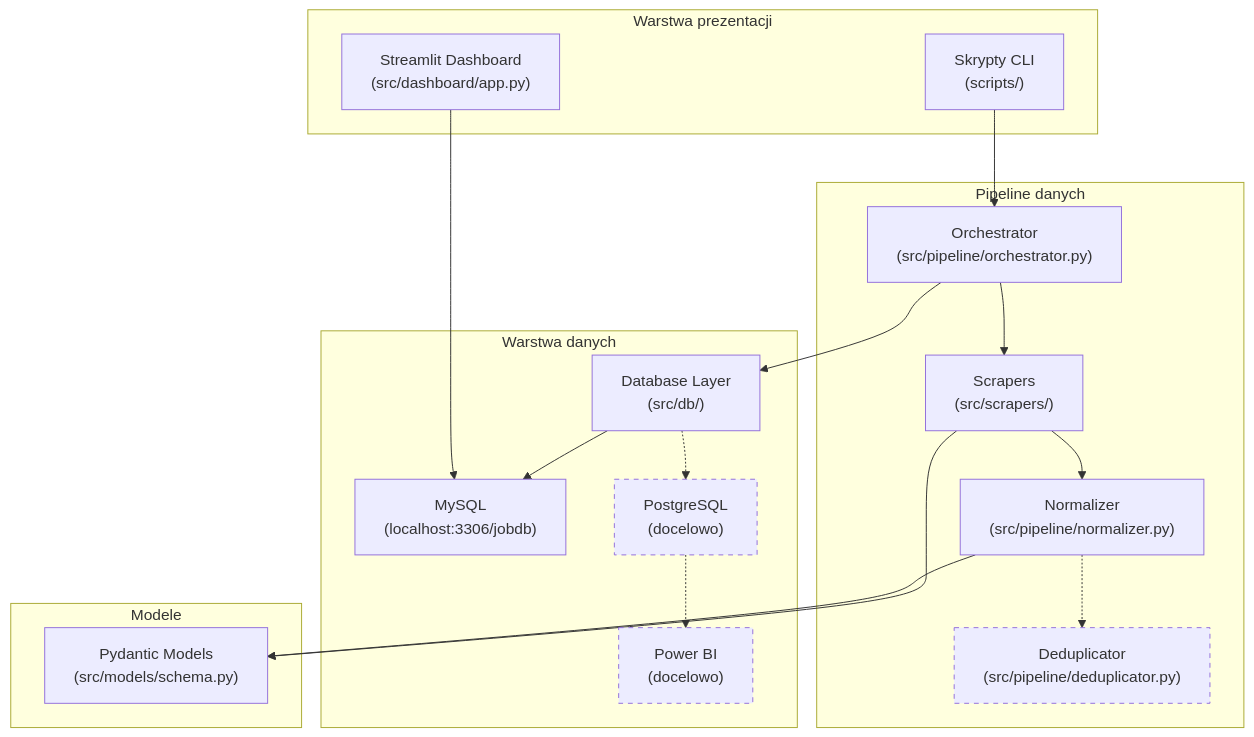
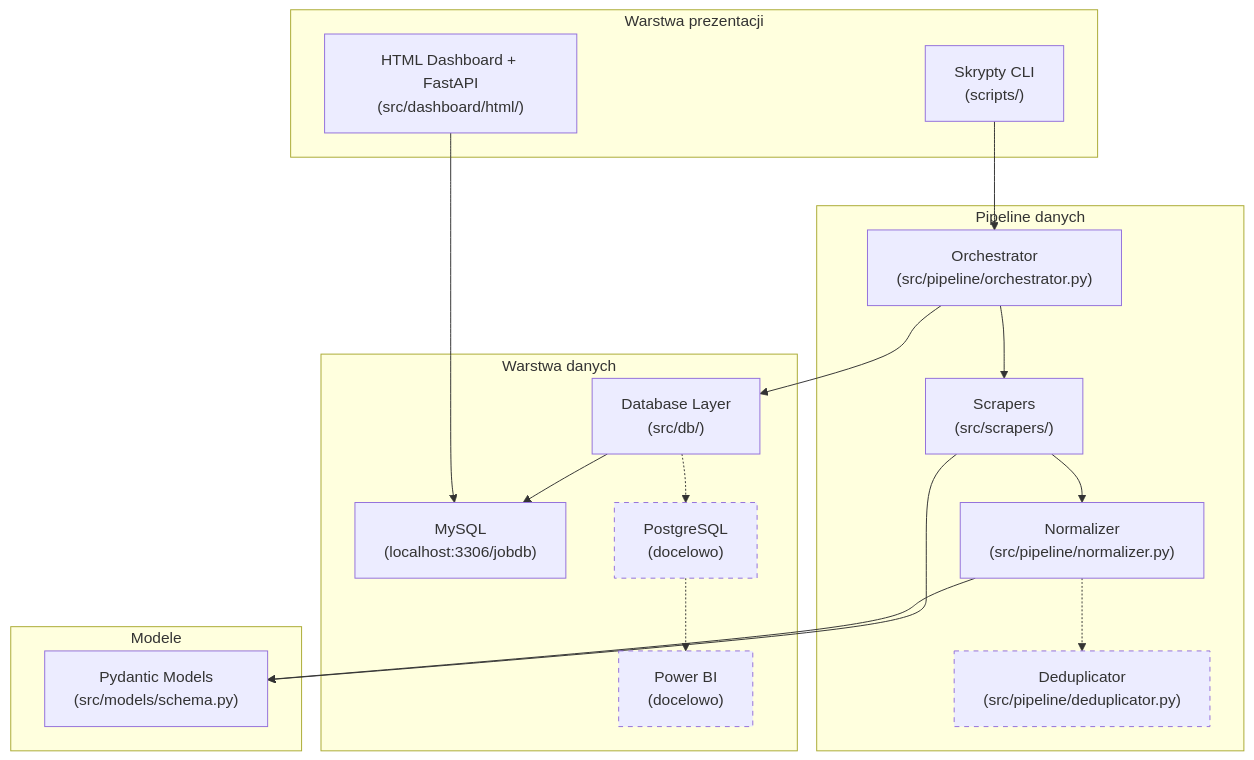
Before and after one commit to mkonefal2/jobDB: the first of 3 diagrams in docs/PROJECT_DESIGN.md, drawn with Mermaid. The commit also changed other lines of this file and 14 other files, not shown here.

First line of the commit message:
refactor: remove Streamlit dashboard, add GitBook docs structure

````diff
--- a/docs/PROJECT_DESIGN.md
+++ b/docs/PROJECT_DESIGN.md
@@ -12,41 +12,41 @@
 ```mermaid
 flowchart TB
     subgraph UI ["Warstwa prezentacji"]
-        DASH["Streamlit Dashboard<br/>(src/dashboard/app.py)"]
+        DASH["HTML Dashboard + FastAPI<br/>(src/dashboard/html/)"]
         CLI["Skrypty CLI<br/>(scripts/)"]
     end
 
     subgraph PIPELINE ["Pipeline danych"]
         ORCH["Orchestrator<br/>(src/pipeline/orchestrator.py)"]
         SCRAP["Scrapers<br/>(src/scrapers/)"]
         NORM["Normalizer<br/>(src/pipeline/normalizer.py)"]
         DEDUP["Deduplicator<br/>(src/pipeline/deduplicator.py)"]
     end
 
     subgraph DATA ["Warstwa danych"]
         DB_LAYER["Database Layer<br/>(src/db/)"]
         MYSQL["MySQL<br/>(localhost:3306/jobdb)"]
         PG["PostgreSQL<br/>(docelowo)"]
         PBI["Power BI<br/>(docelowo)"]
     end
 
     subgraph MODELS ["Modele"]
         PYDANTIC["Pydantic Models<br/>(src/models/schema.py)"]
     end
 
     CLI --> ORCH
     ORCH --> SCRAP
     SCRAP --> NORM
     NORM -.-> DEDUP
     ORCH --> DB_LAYER
     DB_LAYER --> MYSQL
     DB_LAYER -.-> PG
     PG -.-> PBI
     DASH --> MYSQL
     SCRAP --> PYDANTIC
     NORM --> PYDANTIC
 
     style DEDUP stroke-dasharray: 5 5
     style PG stroke-dasharray: 5 5
     style PBI stroke-dasharray: 5 5
 ```
````
